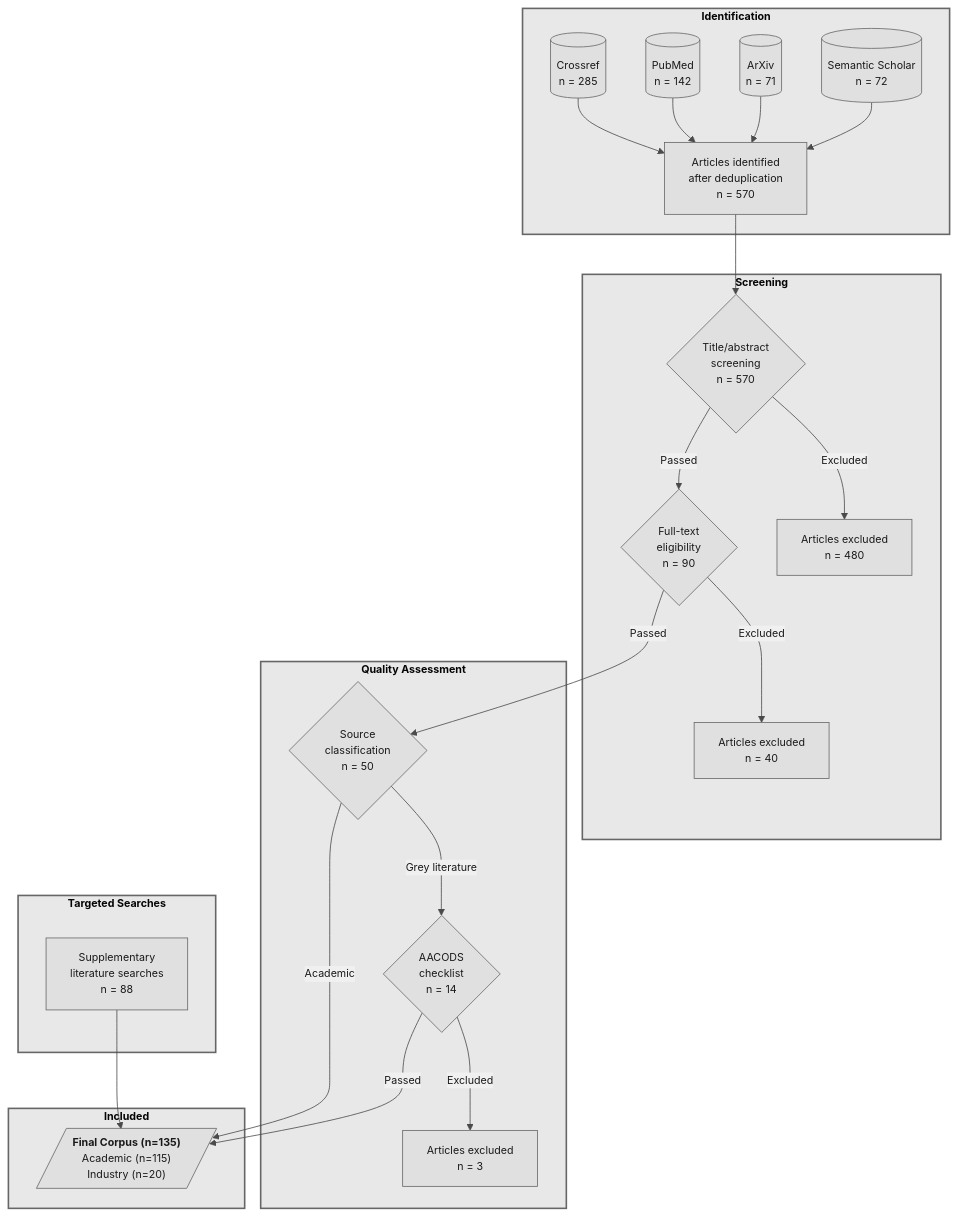
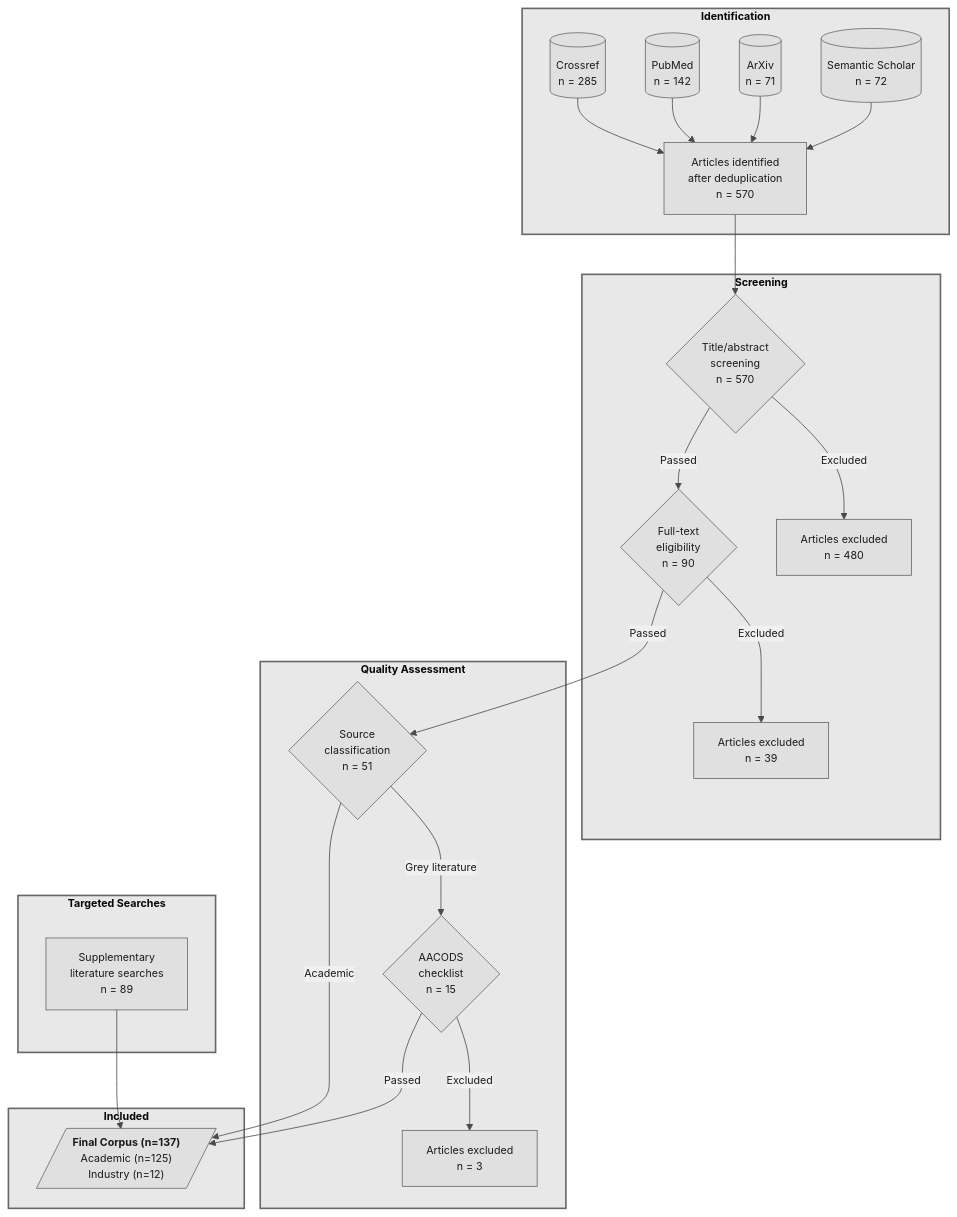
Before and after one commit to stharrold/yuimedi-paper-20250901: the diagram in figures/literature-flow.mmd, drawn with Mermaid. The commit also changed 7 other files, not shown here.

Commit message:
docs: update Figure 3 source and caption with correct citation count (n=137)

```diff
--- a/figures/literature-flow.mmd
+++ b/figures/literature-flow.mmd
@@ -1,41 +1,41 @@
 %%{init: {'theme': 'base', 'flowchart': {'useMaxWidth': false, 'markdownAutoWrap': false}, 'themeVariables': { 'primaryColor': '#e0e0e0', 'primaryTextColor': '#1a1a1a', 'primaryBorderColor': '#666', 'lineColor': '#4a4a4a', 'secondaryColor': '#f0f0f0', 'tertiaryColor': '#fafafa', 'fontFamily': 'Arial, sans-serif', 'fontSize': '10pt'}}}%%
 flowchart TD
     %% PRISMA 2020 Flow Diagram for Literature Selection
     %% Aligned with lit_review academic-literature-review workflow
     %% Total: 570 identified + 45 targeted → 92 included
     %% Note: Generate PNG via mermaid.live for proper font rendering
 
     subgraph ID["<b>Identification</b>"]
         A1[("Crossref<br/>n = 285")] --> A
         A2[("PubMed<br/>n = 142")] --> A
         A3[("ArXiv<br/>n = 71")] --> A
         A4[("Semantic Scholar<br/>n = 72")] --> A
         A["Articles identified<br/>after deduplication<br/>n = 570"]
     end
 
     subgraph SC["<b>Screening</b>"]
         A --> D{"Title/abstract<br/>screening<br/>n = 570"}
         D -->|"Excluded"| E["Articles excluded<br/>n = 480"]
         D -->|"Passed"| H{"Full-text<br/>eligibility<br/>n = 90"}
-        H -->|"Excluded"| I["Articles excluded<br/>n = 40"]
+        H -->|"Excluded"| I["Articles excluded<br/>n = 39"]
     end
 
     subgraph QA["<b>Quality Assessment</b>"]
-        H -->|"Passed"| J{"Source<br/>classification<br/>n = 50"}
-        J -->|"Grey literature"| L{"AACODS<br/>checklist<br/>n = 14"}
+        H -->|"Passed"| J{"Source<br/>classification<br/>n = 51"}
+        J -->|"Grey literature"| L{"AACODS<br/>checklist<br/>n = 15"}
         L -->|"Excluded"| N["Articles excluded<br/>n = 3"]
     end
 
     subgraph TS["<b>Targeted Searches</b>"]
-        T1["Supplementary<br/>literature searches<br/>n = 88"]
+        T1["Supplementary<br/>literature searches<br/>n = 89"]
     end
 
     subgraph IN["<b>Included</b>"]
-        J -->|"Academic"| Final[/"<b>Final Corpus (n=135)</b><br/>Academic (n=115)<br/>Industry (n=20)"/]
+        J -->|"Academic"| Final[/"<b>Final Corpus (n=137)</b><br/>Academic (n=125)<br/>Industry (n=12)"/]
         L -->|"Passed"| Final
         T1 --> Final
     end
 
     %% Styling - Grayscale
     classDef group fill:#e8e8e8,stroke:#666,stroke-width:2px
     class ID,SC,QA,TS,IN group
```
